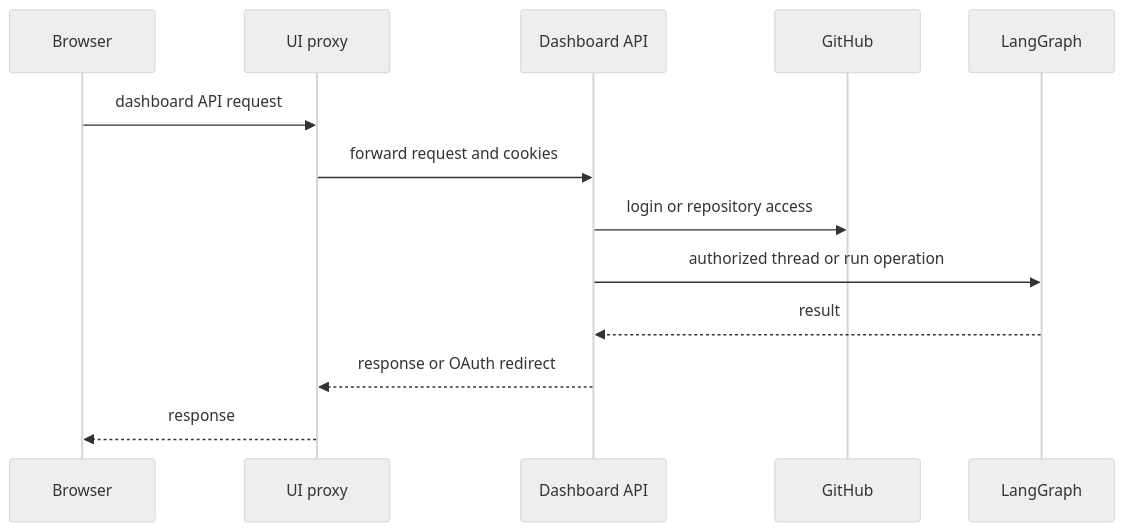
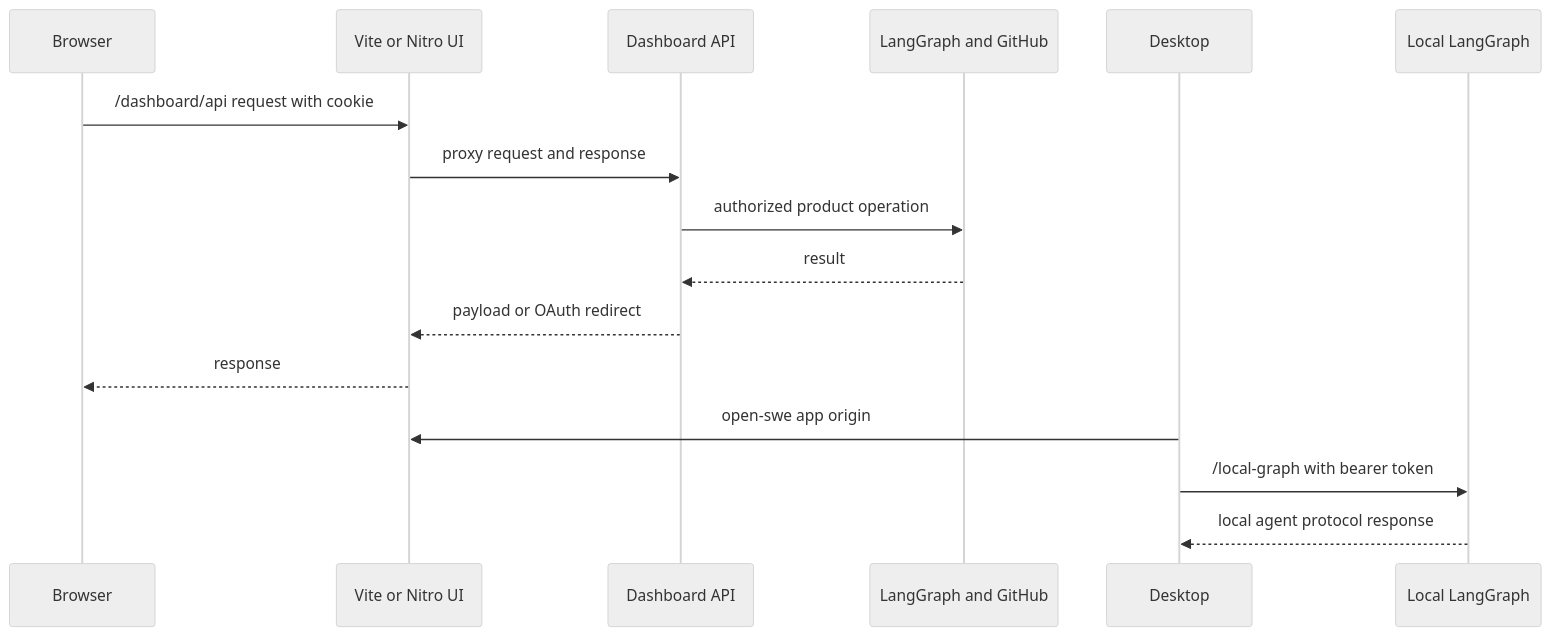
One commit to langchain-ai/open-swe changed the diagram in openwiki/integrations/dashboard-ui.md. Above: the diagram before and after it, drawn with Mermaid (neutral theme). The commit also changed other lines of this file and 52 other files, not shown here.

````diff
--- a/openwiki/integrations/dashboard-ui.md
+++ b/openwiki/integrations/dashboard-ui.md
@@ -65,16 +45,19 @@
 ```mermaid
 sequenceDiagram
     participant Browser
-    participant UI as UI proxy
+    participant UI as Vite or Nitro UI
     participant API as Dashboard API
-    participant GitHub
-    participant Graph as LangGraph
+    participant LG as LangGraph and GitHub
+    participant Desktop
+    participant Local as Local LangGraph
 
-    Browser->>UI: dashboard API request
-    UI->>API: forward request and cookies
-    API->>GitHub: login or repository access
-    API->>Graph: authorized thread or run operation
-    Graph-->>API: result
-    API-->>UI: response or OAuth redirect
+    Browser->>UI: /dashboard/api request with cookie
+    UI->>API: proxy request and response
+    API->>LG: authorized product operation
+    LG-->>API: result
+    API-->>UI: payload or OAuth redirect
     UI-->>Browser: response
+    Desktop->>UI: open-swe app origin
+    Desktop->>Local: /local-graph with bearer token
+    Local-->>Desktop: local agent protocol response
 ```
````
